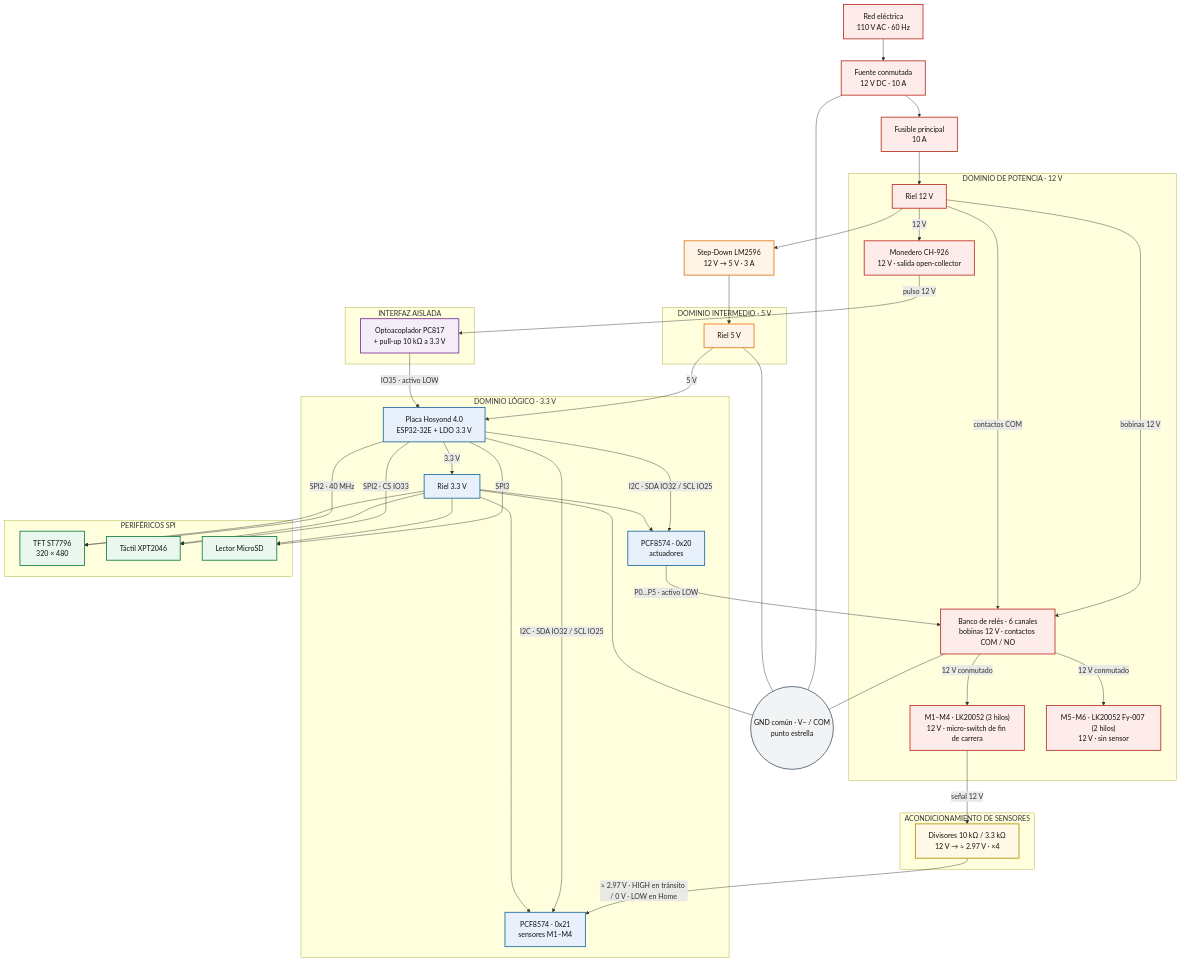
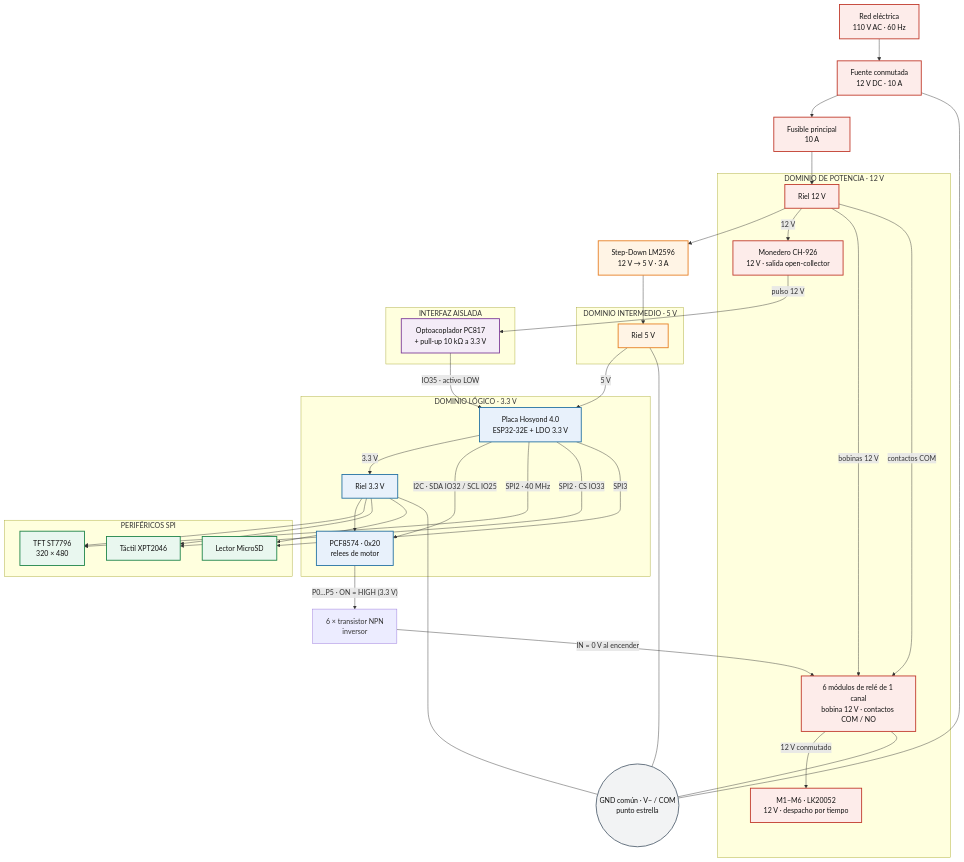
One commit to yeremybautista77/Maquina_Expendedora changed the first of 2 diagrams in Diseño_electronico/ARQUITECTURA_HARDWARE.md. Above: the diagram before and after it, drawn with Mermaid. The commit also changed other lines of this file and 12 other files, not shown here.

First line of the commit message:
feat(motores): reles con NPN inversor y los 6 canales validados en placa

````diff
--- a/Diseño_electronico/ARQUITECTURA_HARDWARE.md
+++ b/Diseño_electronico/ARQUITECTURA_HARDWARE.md
@@ -18,13 +18,8 @@
     subgraph POT["DOMINIO DE POTENCIA · 12 V"]
         R12["Riel 12 V"]
         COIN["Monedero CH-926<br/>12 V · salida open-collector"]
-        RELAYS["Banco de relés · 6 canales<br/>bobinas 12 V · contactos COM / NO"]
-        MOTORS_S["M1–M4 · LK20052 (3 hilos)<br/>12 V · micro-switch de fin de carrera"]
-        MOTORS_T["M5–M6 · LK20052 Fy-007 (2 hilos)<br/>12 V · sin sensor"]
-    end
-
-    subgraph COND["ACONDICIONAMIENTO DE SENSORES"]
-        DIV["Divisores 10 kΩ / 3.3 kΩ<br/>12 V → ≈ 2.97 V · ×4"]
+        RELAYS["6 módulos de relé de 1 canal<br/>bobina 12 V · contactos COM / NO"]
+        MOTORS["M1–M6 · LK20052<br/>12 V · despacho por tiempo"]
     end
 
     subgraph MID["DOMINIO INTERMEDIO · 5 V"]
@@ -34,8 +29,7 @@
     subgraph LOG["DOMINIO LÓGICO · 3.3 V"]
         ESP["Placa Hosyond 4.0<br/>ESP32-32E + LDO 3.3 V"]
         P33["Riel 3.3 V"]
-        M20["PCF8574 · 0x20<br/>actuadores"]
-        M21["PCF8574 · 0x21<br/>sensores M1–M4"]
+        M20["PCF8574 · 0x20<br/>relees de motor"]
     end
 
     subgraph ISO["INTERFAZ AISLADA"]
@@ -59,23 +53,19 @@
     R12 -->|"12 V"| COIN
     R12 -->|"bobinas 12 V"| RELAYS
     R12 -->|"contactos COM"| RELAYS
-    RELAYS -->|"12 V conmutado"| MOTORS_S
-    RELAYS -->|"12 V conmutado"| MOTORS_T
-    MOTORS_S -->|"señal 12 V"| DIV
-    DIV -->|"≈ 2.97 V · HIGH en tránsito / 0 V · LOW en Home"| M21
-    M20 -->|"P0…P5 · activo LOW"| RELAYS
+    RELAYS -->|"12 V conmutado"| MOTORS
+    M20 -->|"P0…P5 · ON = HIGH (3.3 V)"| NPN["6 × transistor NPN<br/>inversor"] 
+    NPN -->|"IN = 0 V al encender"| RELAYS
 
     COIN -->|"pulso 12 V"| OPTO
     OPTO -->|"IO35 · activo LOW"| ESP
 
     ESP -->|"I2C · SDA IO32 / SCL IO25"| M20
-    ESP -->|"I2C · SDA IO32 / SCL IO25"| M21
     ESP -->|"SPI2 · 40 MHz"| TFT
     ESP -->|"SPI2 · CS IO33"| TOUCH
     ESP -->|"SPI3"| SD
 
     P33 --> M20
-    P33 --> M21
     P33 --> TFT
     P33 --> TOUCH
     P33 --> SD
@@ -93,11 +83,10 @@
     classDef cond fill:#fef9e7,stroke:#b7950b,stroke-width:2px,color:#111
     classDef neutral fill:#f2f3f4,stroke:#566573,stroke-width:2px,color:#111
 
-    class AC,PSU,FUSE,R12,COIN,RELAYS,MOTORS_S,MOTORS_T power
+    class AC,PSU,FUSE,R12,COIN,RELAYS,MOTORS power
     class BUCK,R5 mid
-    class ESP,P33,M20,M21 logic
+    class ESP,P33,M20 logic
     class OPTO iso
     class TFT,TOUCH,SD periph
-    class DIV cond
     class STAR neutral
 ```
````
